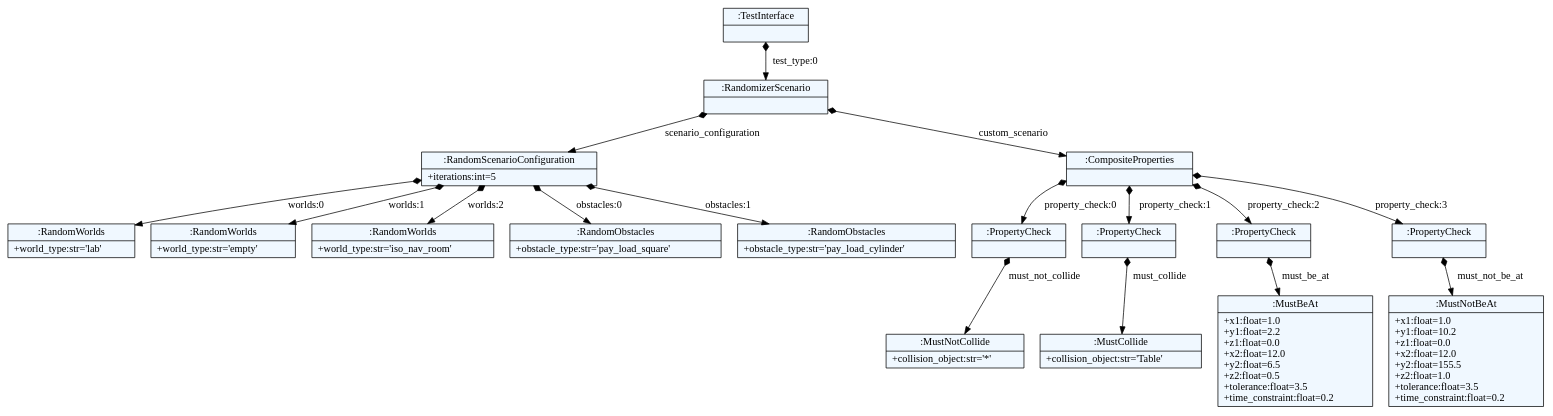
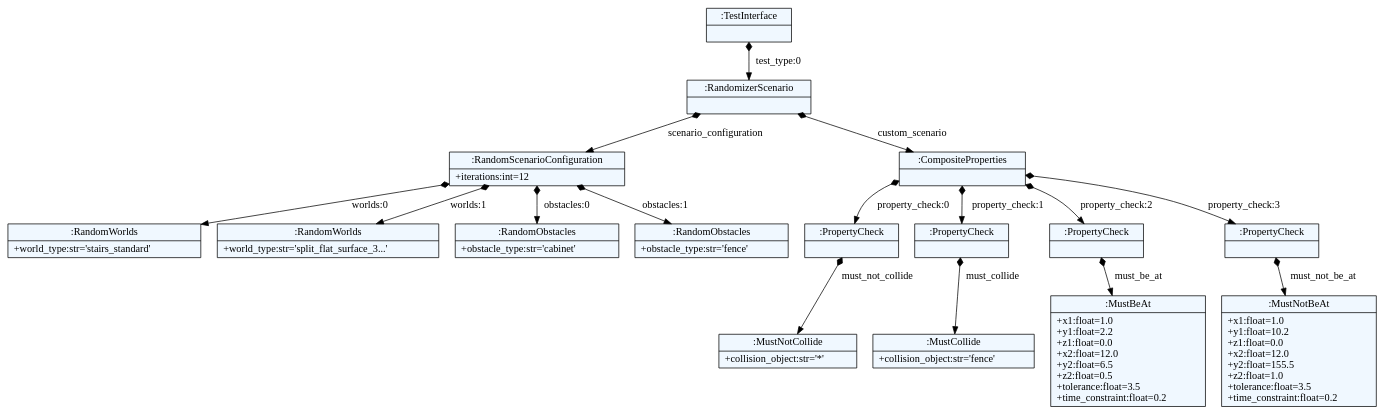
The diagram in src/property_based_tester/property_based_language_generation/test_definitions.dot (SOHAIL1996/property_based_tester), drawn with Graphviz before and after one commit. The commit also changed 2 other files, not shown here.

Commit message:
Modifying test definitions for rovo

```diff
--- a/src/property_based_tester/property_based_language_generation/test_definitions.dot
+++ b/src/property_based_tester/property_based_language_generation/test_definitions.dot
@@ -1,48 +1,46 @@
 
     digraph textX {
     fontname = "Bitstream Vera Sans"
     fontsize = 8
     node[
         shape=record,
         style=filled,
         fillcolor=aliceblue
     ]
     nodesep = 0.3
     edge[dir=black,arrowtail=empty]
 
 
-140656333961248 -> 140656333960288 [label="test_type:0" arrowtail=diamond dir=both]
-140656333960288 -> 140656333960048 [label="scenario_configuration" arrowtail=diamond dir=both]
-140656333960048 -> 140656333959472 [label="worlds:0" arrowtail=diamond dir=both]
-140656333959472[label="{:RandomWorlds|+world_type:str='lab'\l}"]
-140656333960048 -> 140656334118624 [label="worlds:1" arrowtail=diamond dir=both]
-140656334118624[label="{:RandomWorlds|+world_type:str='empty'\l}"]
-140656333960048 -> 140656334118336 [label="worlds:2" arrowtail=diamond dir=both]
-140656334118336[label="{:RandomWorlds|+world_type:str='iso_nav_room'\l}"]
-140656333960048 -> 140656334117856 [label="obstacles:0" arrowtail=diamond dir=both]
-140656334117856[label="{:RandomObstacles|+obstacle_type:str='pay_load_square'\l}"]
-140656333960048 -> 140656334117520 [label="obstacles:1" arrowtail=diamond dir=both]
-140656334117520[label="{:RandomObstacles|+obstacle_type:str='pay_load_cylinder'\l}"]
-140656333960048[label="{:RandomScenarioConfiguration|+iterations:int=5\l}"]
-140656333960288 -> 140656333959712 [label="custom_scenario" arrowtail=diamond dir=both]
-140656333959712 -> 140656334117472 [label="property_check:0" arrowtail=diamond dir=both]
-140656334117472 -> 140656334117376 [label="must_not_collide" arrowtail=diamond dir=both]
-140656334117376[label="{:MustNotCollide|+collision_object:str='*'\l}"]
-140656334117472[label="{:PropertyCheck|}"]
-140656333959712 -> 140656334117088 [label="property_check:1" arrowtail=diamond dir=both]
-140656334117088 -> 140656334116944 [label="must_collide" arrowtail=diamond dir=both]
-140656334116944[label="{:MustCollide|+collision_object:str='Table'\l}"]
-140656334117088[label="{:PropertyCheck|}"]
-140656333959712 -> 140656334116896 [label="property_check:2" arrowtail=diamond dir=both]
-140656334116896 -> 140656333950880 [label="must_be_at" arrowtail=diamond dir=both]
-140656333950880[label="{:MustBeAt|+x1:float=1.0\l+y1:float=2.2\l+z1:float=0.0\l+x2:float=12.0\l+y2:float=6.5\l+z2:float=0.5\l+tolerance:float=3.5\l+time_constraint:float=0.2\l}"]
-140656334116896[label="{:PropertyCheck|}"]
-140656333959712 -> 140656334116320 [label="property_check:3" arrowtail=diamond dir=both]
-140656334116320 -> 140656333950592 [label="must_not_be_at" arrowtail=diamond dir=both]
-140656333950592[label="{:MustNotBeAt|+x1:float=1.0\l+y1:float=10.2\l+z1:float=0.0\l+x2:float=12.0\l+y2:float=155.5\l+z2:float=1.0\l+tolerance:float=3.5\l+time_constraint:float=0.2\l}"]
-140656334116320[label="{:PropertyCheck|}"]
-140656333959712[label="{:CompositeProperties|}"]
-140656333960288[label="{:RandomizerScenario|}"]
-140656333961248[label="{:TestInterface|}"]
+140392244913056 -> 140392244912768 [label="test_type:0" arrowtail=diamond dir=both]
+140392244912768 -> 140392244850352 [label="scenario_configuration" arrowtail=diamond dir=both]
+140392244850352 -> 140392244850064 [label="worlds:0" arrowtail=diamond dir=both]
+140392244850064[label="{:RandomWorlds|+world_type:str='stairs_standard'\l}"]
+140392244850352 -> 140392244849344 [label="worlds:1" arrowtail=diamond dir=both]
+140392244849344[label="{:RandomWorlds|+world_type:str='split_flat_surface_3...'\l}"]
+140392244850352 -> 140392244849248 [label="obstacles:0" arrowtail=diamond dir=both]
+140392244849248[label="{:RandomObstacles|+obstacle_type:str='cabinet'\l}"]
+140392244850352 -> 140392244849056 [label="obstacles:1" arrowtail=diamond dir=both]
+140392244849056[label="{:RandomObstacles|+obstacle_type:str='fence'\l}"]
+140392244850352[label="{:RandomScenarioConfiguration|+iterations:int=12\l}"]
+140392244912768 -> 140392244850400 [label="custom_scenario" arrowtail=diamond dir=both]
+140392244850400 -> 140392244848384 [label="property_check:0" arrowtail=diamond dir=both]
+140392244848384 -> 140392244848480 [label="must_not_collide" arrowtail=diamond dir=both]
+140392244848480[label="{:MustNotCollide|+collision_object:str='*'\l}"]
+140392244848384[label="{:PropertyCheck|}"]
+140392244850400 -> 140392244848096 [label="property_check:1" arrowtail=diamond dir=both]
+140392244848096 -> 140392244847808 [label="must_collide" arrowtail=diamond dir=both]
+140392244847808[label="{:MustCollide|+collision_object:str='fence'\l}"]
+140392244848096[label="{:PropertyCheck|}"]
+140392244850400 -> 140392244847760 [label="property_check:2" arrowtail=diamond dir=both]
+140392244847760 -> 140392244846752 [label="must_be_at" arrowtail=diamond dir=both]
+140392244846752[label="{:MustBeAt|+x1:float=1.0\l+y1:float=2.2\l+z1:float=0.0\l+x2:float=12.0\l+y2:float=6.5\l+z2:float=0.5\l+tolerance:float=3.5\l+time_constraint:float=0.2\l}"]
+140392244847760[label="{:PropertyCheck|}"]
+140392244850400 -> 140392244847088 [label="property_check:3" arrowtail=diamond dir=both]
+140392244847088 -> 140392244879024 [label="must_not_be_at" arrowtail=diamond dir=both]
+140392244879024[label="{:MustNotBeAt|+x1:float=1.0\l+y1:float=10.2\l+z1:float=0.0\l+x2:float=12.0\l+y2:float=155.5\l+z2:float=1.0\l+tolerance:float=3.5\l+time_constraint:float=0.2\l}"]
+140392244847088[label="{:PropertyCheck|}"]
+140392244850400[label="{:CompositeProperties|}"]
+140392244912768[label="{:RandomizerScenario|}"]
+140392244913056[label="{:TestInterface|}"]
 
 }
```
